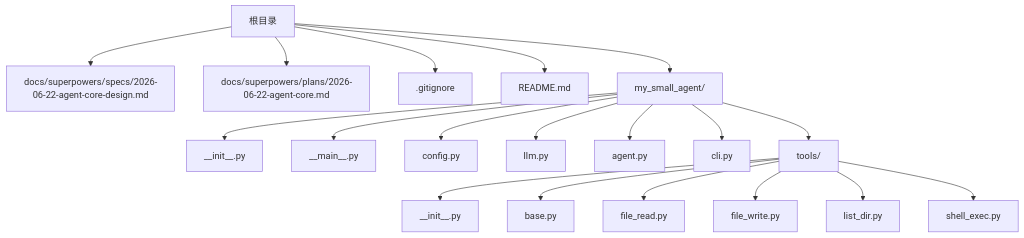
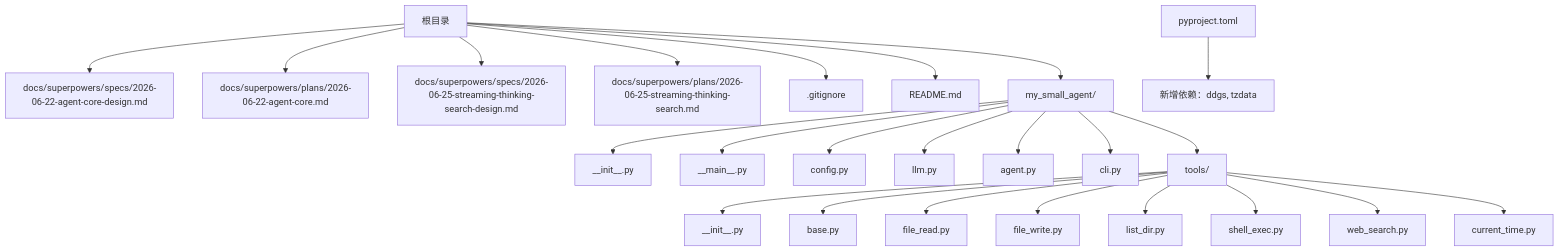
One commit to 250shiwo/MySmallAgent changed the first of 5 diagrams in .qoder/repowiki/zh/content/快速开始.md. Above: the diagram before and after it, drawn with Mermaid. The commit also changed other lines of this file and 34 other files, not shown here.

````diff
--- a/.qoder/repowiki/zh/content/快速开始.md
+++ b/.qoder/repowiki/zh/content/快速开始.md
@@ -43,21 +60,26 @@
 ```mermaid
 graph TB
 A["根目录"] --> B["docs/superpowers/specs/2026-06-22-agent-core-design.md"]
 A --> C["docs/superpowers/plans/2026-06-22-agent-core.md"]
-A --> D[".gitignore"]
-A --> E["README.md"]
-A --> F["my_small_agent/"]
-F --> F1["__init__.py"]
-F --> F2["__main__.py"]
-F --> F3["config.py"]
-F --> F4["llm.py"]
-F --> F5["agent.py"]
-F --> F6["cli.py"]
-F --> F7["tools/"]
-F7 --> F7a["__init__.py"]
-F7 --> F7b["base.py"]
-F7 --> F7c["file_read.py"]
-F7 --> F7d["file_write.py"]
-F7 --> F7e["list_dir.py"]
-F7 --> F7f["shell_exec.py"]
+A --> D["docs/superpowers/specs/2026-06-25-streaming-thinking-search-design.md"]
+A --> E["docs/superpowers/plans/2026-06-25-streaming-thinking-search.md"]
+A --> F[".gitignore"]
+A --> G["README.md"]
+A --> H["my_small_agent/"]
+H --> H1["__init__.py"]
+H --> H2["__main__.py"]
+H --> H3["config.py"]
+H --> H4["llm.py"]
+H --> H5["agent.py"]
+H --> H6["cli.py"]
+H --> H7["tools/"]
+H7 --> H7a["__init__.py"]
+H7 --> H7b["base.py"]
+H7 --> H7c["file_read.py"]
+H7 --> H7d["file_write.py"]
+H7 --> H7e["list_dir.py"]
+H7 --> H7f["shell_exec.py"]
+H7 --> H7g["web_search.py"]
+H7 --> H7h["current_time.py"]
+I["pyproject.toml"] --> J["新增依赖：ddgs, tzdata"]
 ```
````
